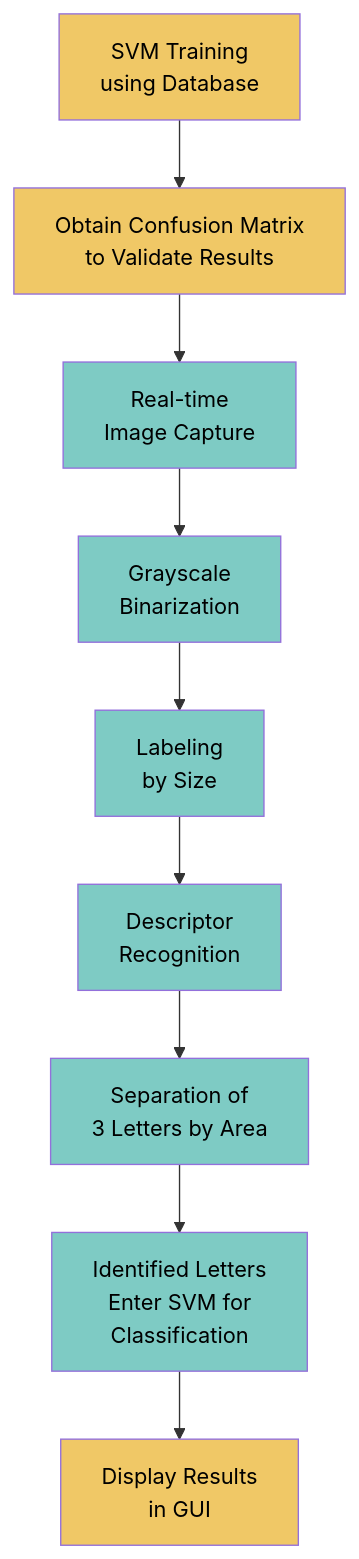
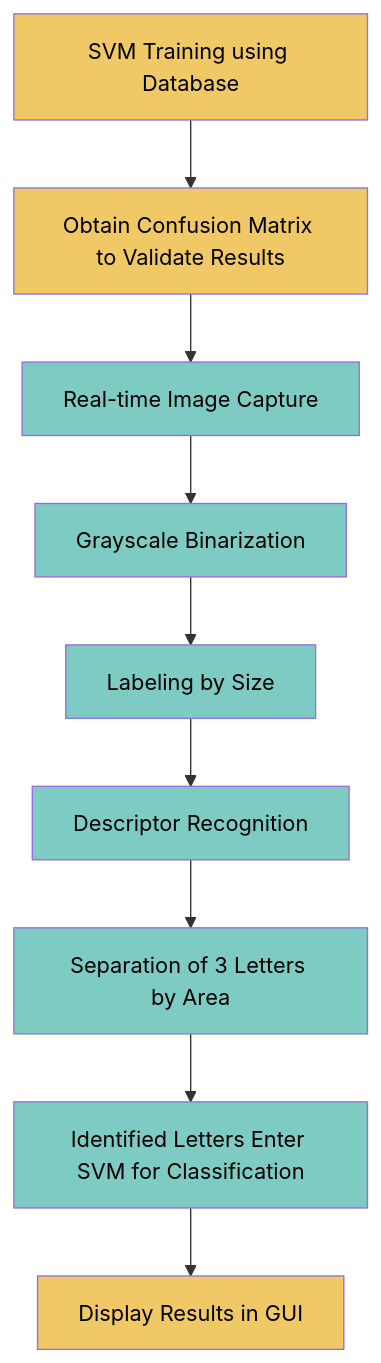
Before and after one commit to jgodiel96/TF_PDS2_Godiel_Project: the diagram in README.md, drawn with Mermaid.

Commit message:
Fix Mermaid diagram rendering - remove line breaks

````diff
--- a/README.md
+++ b/README.md
@@ -11,22 +11,22 @@
 ```mermaid
 flowchart TB
-    A[SVM Training\nusing Database] --> B[Obtain Confusion Matrix\nto Validate Results]
+    A[SVM Training using Database] --> B[Obtain Confusion Matrix to Validate Results]
     B --> C
 
-    C[Real-time\nImage Capture] --> D[Grayscale\nBinarization]
-    D --> E[Labeling\nby Size]
-    E --> F[Descriptor\nRecognition]
-    F --> G[Separation of\n3 Letters by Area]
-    G --> H[Identified Letters\nEnter SVM for\nClassification]
-    H --> I[Display Results\nin GUI]
+    C[Real-time Image Capture] --> D[Grayscale Binarization]
+    D --> E[Labeling by Size]
+    E --> F[Descriptor Recognition]
+    F --> G[Separation of 3 Letters by Area]
+    G --> H[Identified Letters Enter SVM for Classification]
+    H --> I[Display Results in GUI]
 
     style A fill:#f0c866,color:#000
     style B fill:#f0c866,color:#000
     style C fill:#7ecbc4,color:#000
     style D fill:#7ecbc4,color:#000
     style E fill:#7ecbc4,color:#000
     style F fill:#7ecbc4,color:#000
     style G fill:#7ecbc4,color:#000
     style H fill:#7ecbc4,color:#000
     style I fill:#f0c866,color:#000
 ```
````
